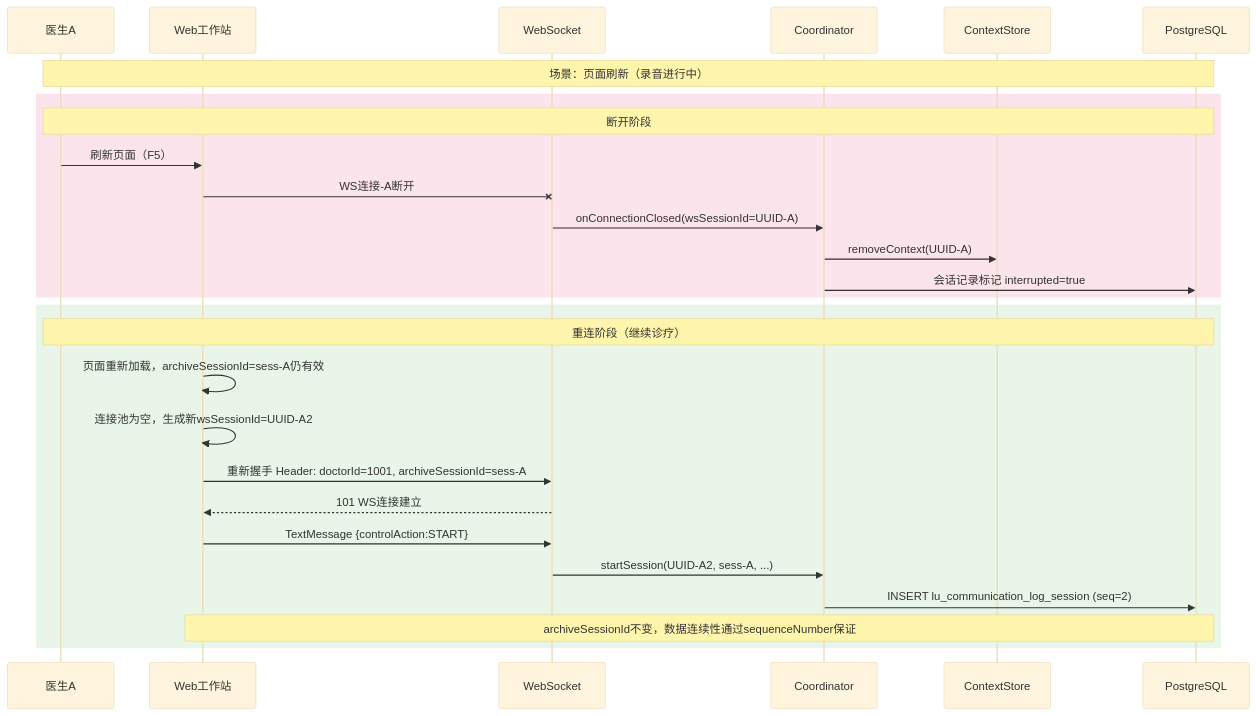
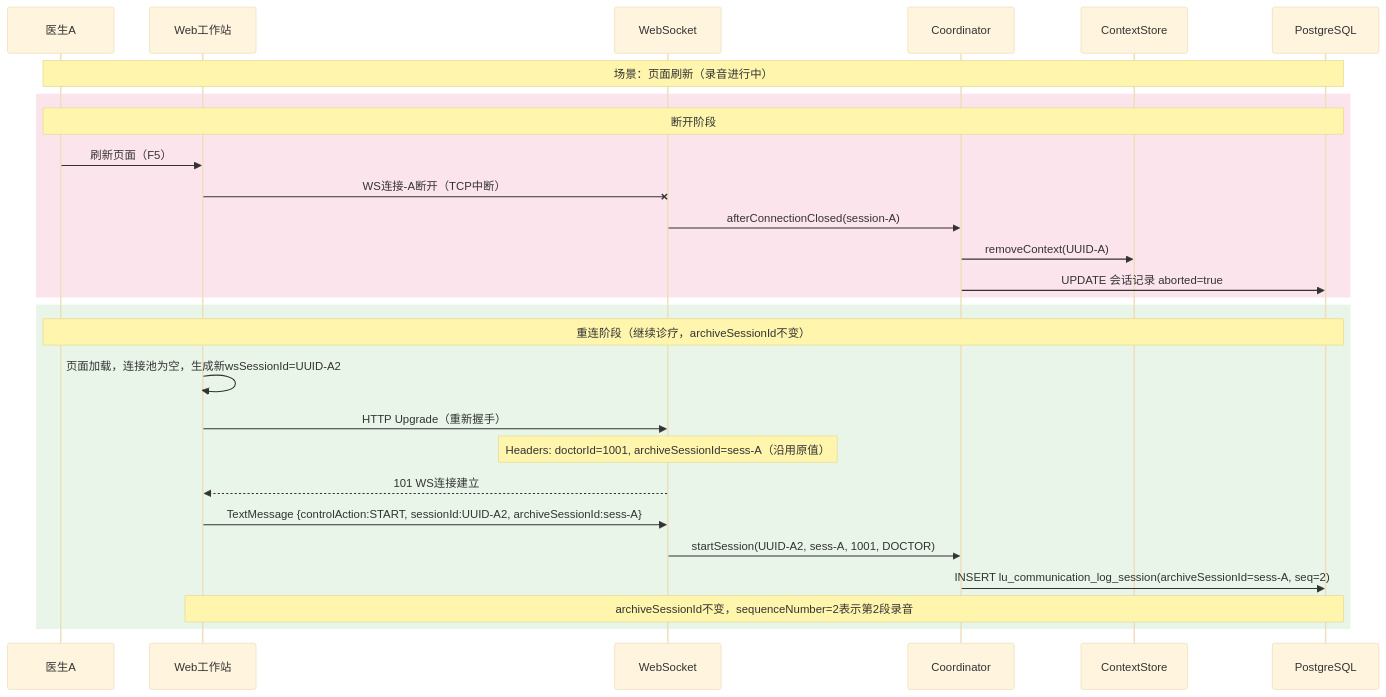
One commit to Gamehu/pictures-bed changed the fifth of 6 diagrams in uml/goodsop/v1.5-recording/web-recording.md. Above: the diagram before and after it, drawn with Mermaid (base theme). The commit also changed other lines of this file and 1 other file, not shown here.

````diff
--- a/uml/goodsop/v1.5-recording/web-recording.md
+++ b/uml/goodsop/v1.5-recording/web-recording.md
@@ -225,32 +309,32 @@
 ```mermaid
 sequenceDiagram
     participant 医生A
     participant WEB as Web工作站
     participant GW as WebSocket
     participant Coord as Coordinator
     participant Store as ContextStore
     participant DB as PostgreSQL
 
     Note over 医生A,DB: 场景：页面刷新（录音进行中）
 
     rect rgb(252, 228, 236)
         Note over 医生A,DB: 断开阶段
         医生A ->> WEB: 刷新页面（F5）
-        WEB -x GW: WS连接-A断开
-        GW ->> Coord: onConnectionClosed(wsSessionId=UUID-A)
+        WEB -x GW: WS连接-A断开（TCP中断）
+        GW ->> Coord: afterConnectionClosed(session-A)
         Coord ->> Store: removeContext(UUID-A)
-        Coord ->> DB: 会话记录标记 interrupted=true
+        Coord ->> DB: UPDATE 会话记录 aborted=true
     end
 
     rect rgb(232, 245, 232)
-        Note over 医生A,DB: 重连阶段（继续诊疗）
-        WEB ->> WEB: 页面重新加载，archiveSessionId=sess-A仍有效
-        WEB ->> WEB: 连接池为空，生成新wsSessionId=UUID-A2
-        WEB ->> GW: 重新握手 Header: doctorId=1001, archiveSessionId=sess-A
+        Note over 医生A,DB: 重连阶段（继续诊疗，archiveSessionId不变）
+        WEB ->> WEB: 页面加载，连接池为空，生成新wsSessionId=UUID-A2
+        WEB ->> GW: HTTP Upgrade（重新握手）
+        Note over GW: Headers: doctorId=1001, archiveSessionId=sess-A（沿用原值）
         GW -->> WEB: 101 WS连接建立
-        WEB ->> GW: TextMessage {controlAction:START}
-        GW ->> Coord: startSession(UUID-A2, sess-A, ...)
-        Coord ->> DB: INSERT lu_communication_log_session (seq=2)
-        Note over WEB,DB: archiveSessionId不变，数据连续性通过sequenceNumber保证
+        WEB ->> GW: TextMessage {controlAction:START, sessionId:UUID-A2, archiveSessionId:sess-A}
+        GW ->> Coord: startSession(UUID-A2, sess-A, 1001, DOCTOR)
+        Coord ->> DB: INSERT lu_communication_log_session(archiveSessionId=sess-A, seq=2)
+        Note over WEB,DB: archiveSessionId不变，sequenceNumber=2表示第2段录音
     end
 ```
````
